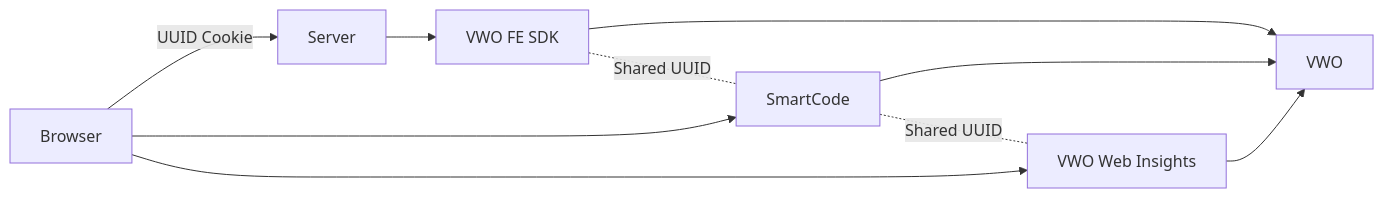
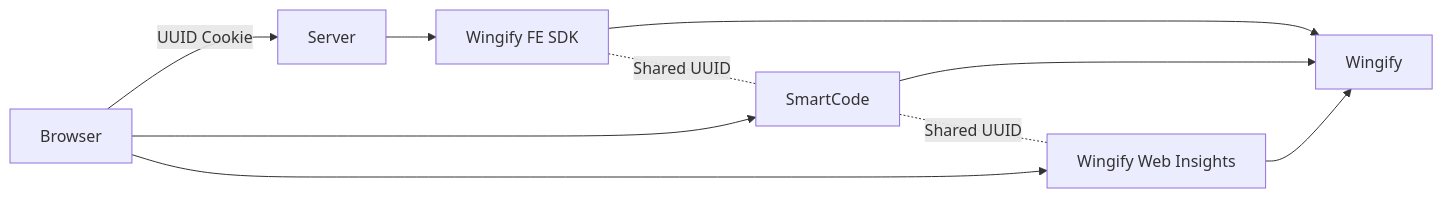
The diagram in docs/Unified Experimentation/fme-unified-experimentation-integration-with-web-insights.md (wingify/readme-central), drawn with Mermaid before and after one commit. The commit also changed other lines of this file, not shown here.

Commit message:
Update doc `fme-unified-experimentation-integration-with-web-insights`

````diff
--- a/docs/Unified Experimentation/fme-unified-experimentation-integration-with-web-insights.md
+++ b/docs/Unified Experimentation/fme-unified-experimentation-integration-with-web-insights.md
@@ -65,16 +65,16 @@
 ```mermaid
 flowchart LR
     Browser -->|UUID Cookie| Server
-    Server --> FE_SDK[VWO FE SDK]
-    FE_SDK --> VWO
+    Server --> FE_SDK[Wingify FE SDK]
+    FE_SDK --> Wingify
 
     Browser --> SmartCode
-    SmartCode --> VWO
+    SmartCode --> Wingify
 
-    Browser --> WebInsights[VWO Web Insights]
-    WebInsights --> VWO
+    Browser --> WebInsights[Wingify Web Insights]
+    WebInsights --> Wingify
 
     FE_SDK -. Shared UUID .- SmartCode
     SmartCode -. Shared UUID .- WebInsights
 
 ```
````
